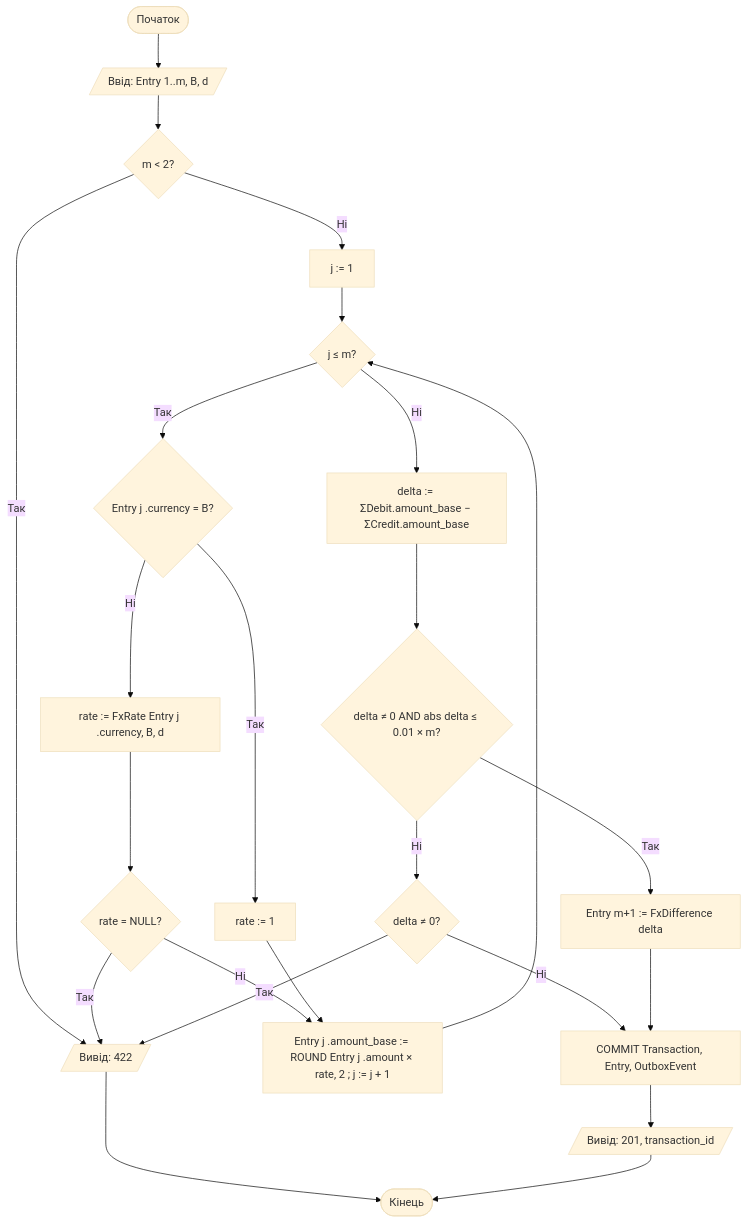
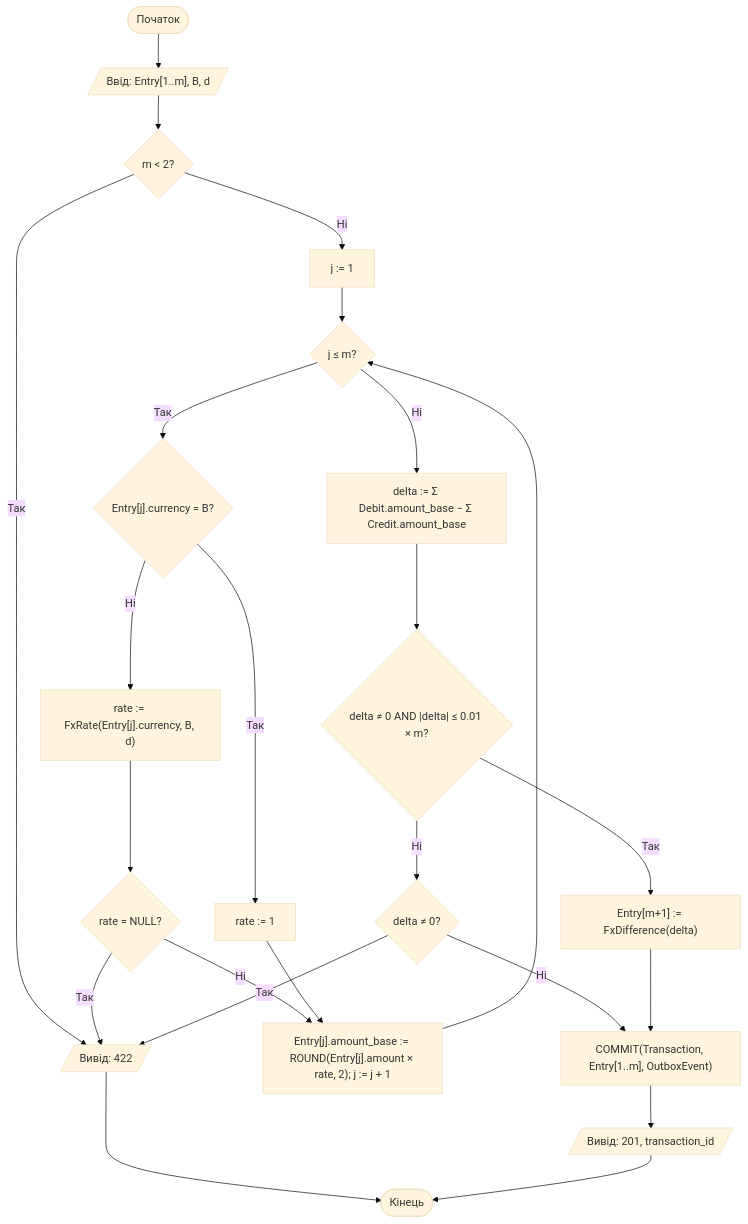
The sixth of 6 diagrams in docs/2_design.md (welodyq12345/F2-diploma-project), drawn with Mermaid (base theme) before and after one commit. The commit also changed other lines of this file, not shown here.

Commit message:
docs: use array index notation in critical algorithm flowcharts

````diff
--- a/docs/2_design.md
+++ b/docs/2_design.md
@@ -329,24 +329,24 @@
 ```mermaid
 flowchart TD
-    S([Початок]) --> IN[/Ввід: Entry 1..m, B, d/]
-    IN --> D1{m < 2?}
-    D1 -- Так --> E1[/Вивід: 422/] --> F([Кінець])
-    D1 -- Ні --> P1[j := 1]
-    P1 --> D2{j ≤ m?}
-    D2 -- Так --> D3{Entry j .currency = B?}
-    D3 -- Так --> P2[rate := 1]
-    D3 -- Ні --> P3[rate := FxRate Entry j .currency, B, d]
-    P3 --> D4{rate = NULL?}
+    S(["Початок"]) --> IN[/"Ввід: Entry[1..m], B, d"/]
+    IN --> D1{"m < 2?"}
+    D1 -- Так --> E1[/"Вивід: 422"/] --> F(["Кінець"])
+    D1 -- Ні --> P1["j := 1"]
+    P1 --> D2{"j ≤ m?"}
+    D2 -- Так --> D3{"Entry[j].currency = B?"}
+    D3 -- Так --> P2["rate := 1"]
+    D3 -- Ні --> P3["rate := FxRate(Entry[j].currency, B, d)"]
+    P3 --> D4{"rate = NULL?"}
     D4 -- Так --> E1
     D4 -- Ні --> P4
-    P2 --> P4[Entry j .amount_base := ROUND Entry j .amount × rate, 2 ; j := j + 1]
+    P2 --> P4["Entry[j].amount_base := ROUND(Entry[j].amount × rate, 2); j := j + 1"]
     P4 --> D2
-    D2 -- Ні --> P5[delta := ΣDebit.amount_base − ΣCredit.amount_base]
-    P5 --> D5{delta ≠ 0 AND abs delta ≤ 0.01 × m?}
-    D5 -- Так --> P6[Entry m+1 := FxDifference delta ]
-    D5 -- Ні --> D6{delta ≠ 0?}
+    D2 -- Ні --> P5["delta := Σ Debit.amount_base − Σ Credit.amount_base"]
+    P5 --> D5{"delta ≠ 0 AND |delta| ≤ 0.01 × m?"}
+    D5 -- Так --> P6["Entry[m+1] := FxDifference(delta)"]
+    D5 -- Ні --> D6{"delta ≠ 0?"}
     D6 -- Так --> E1
     D6 -- Ні --> P7
-    P6 --> P7[COMMIT Transaction, Entry, OutboxEvent]
-    P7 --> OUT[/Вивід: 201, transaction_id/] --> F
+    P6 --> P7["COMMIT(Transaction, Entry[1..m], OutboxEvent)"]
+    P7 --> OUT[/"Вивід: 201, transaction_id"/] --> F
 ```
````
